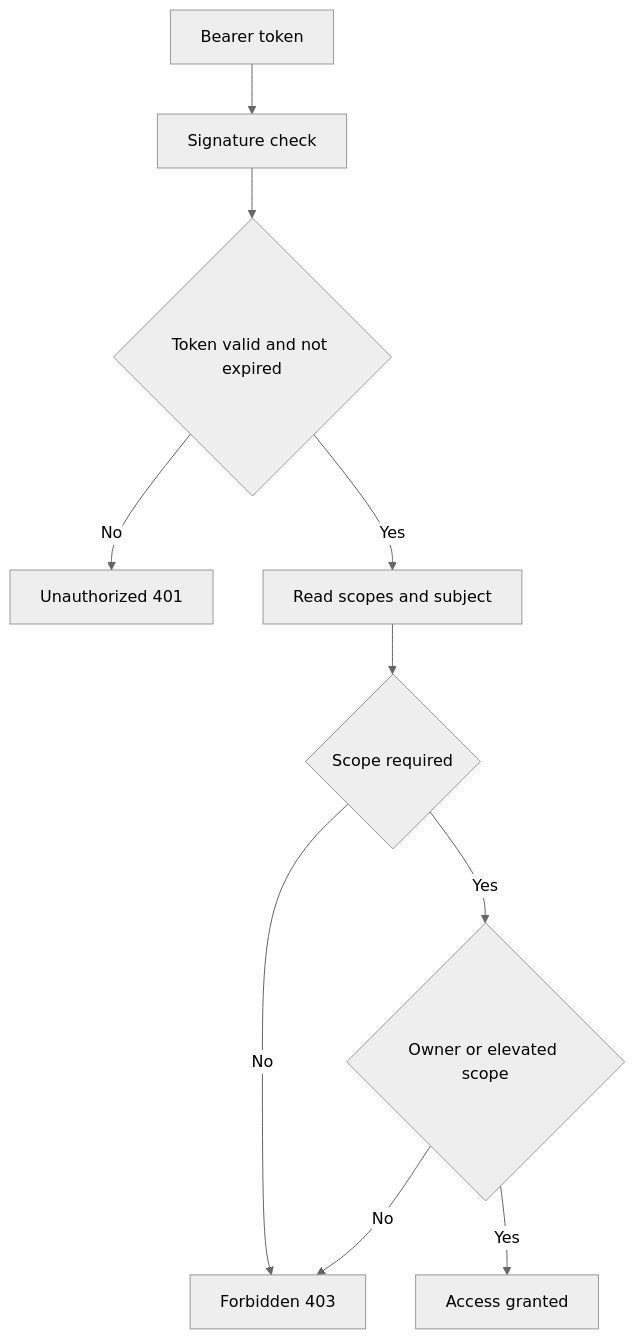
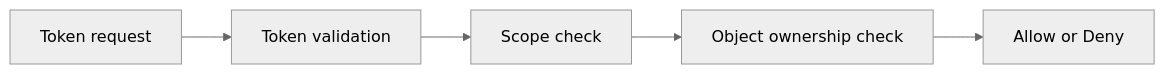
One commit to lthobois/sdne changed the diagram in 09/README.md. Above: the diagram before and after it, drawn with Mermaid (neutral theme). The commit also changed other lines of this file and 11 other files, not shown here.

````diff
--- a/09/README.md
+++ b/09/README.md
@@ -100,12 +114,7 @@
 ```mermaid
-graph TD
-  N1[Bearer token] --> N2[Signature check]
-  N2 --> N3{Token valid and not expired}
-  N3 -- No --> N4[Unauthorized 401]
-  N3 -- Yes --> N5[Read scopes and subject]
-  N5 --> N6{Scope required}
-  N6 -- No --> N7[Forbidden 403]
-  N6 -- Yes --> N8{Owner or elevated scope}
-  N8 -- No --> N7
-  N8 -- Yes --> N9[Access granted]
+flowchart LR
+    A[Token request] --> B[Token validation]
+    B --> C[Scope check]
+    C --> D[Object ownership check]
+    D --> E[Allow or Deny]
 ```
````
